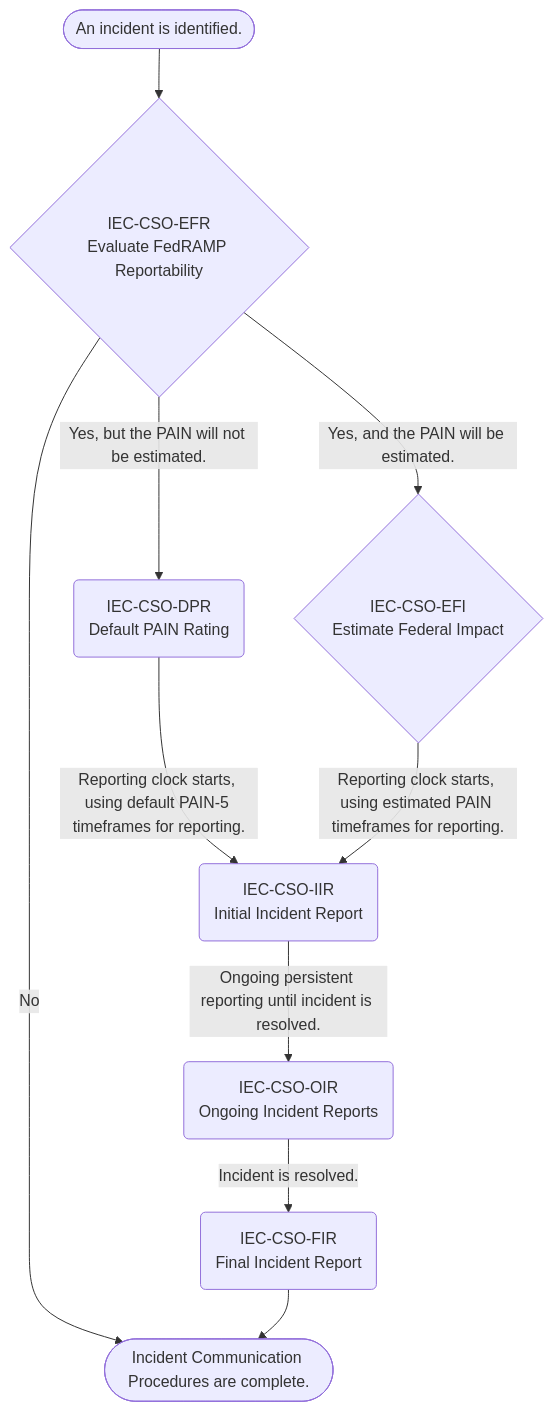
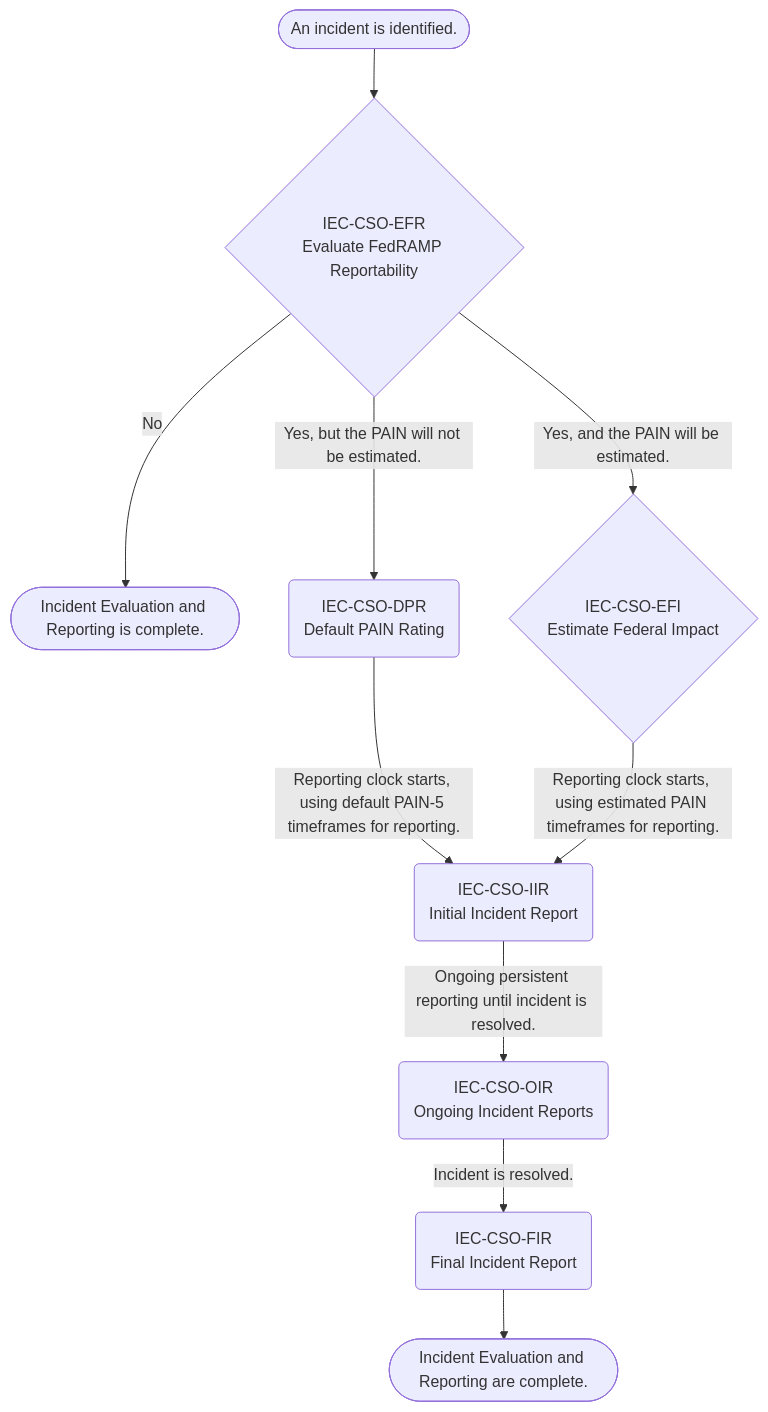
Before and after one commit to FedRAMP/2026-markdown: the diagram in providers/20x/rules/incident-evaluation-and-communication.md, drawn with Mermaid. The commit also changed 25 other files, not shown here.

````diff
--- a/providers/20x/rules/incident-evaluation-and-communication.md
+++ b/providers/20x/rules/incident-evaluation-and-communication.md
@@ -24,26 +24,27 @@
 ``` mermaid
 flowchart TD
   node_an_incident_is_identified(["An incident is identified."])
   node_iec_cso_efr{"IEC-CSO-EFR<br/>Evaluate FedRAMP Reportability"}
-  node_incident_communication_procedures_are_complete(["Incident Communication Procedures are complete."])
+  node_incident_evaluation_and_reporting_is_complete(["Incident Evaluation and Reporting is complete."])
   node_iec_cso_efi{"IEC-CSO-EFI<br/>Estimate Federal Impact"}
   node_iec_cso_dpr("IEC-CSO-DPR<br/>Default PAIN Rating")
   node_iec_cso_iir("IEC-CSO-IIR<br/>Initial Incident Report")
   node_iec_cso_oir("IEC-CSO-OIR<br/>Ongoing Incident Reports")
   node_iec_cso_fir("IEC-CSO-FIR<br/>Final Incident Report")
+  node_incident_evaluation_and_reporting_are_complete(["Incident Evaluation and Reporting are complete."])
   node_an_incident_is_identified --> node_iec_cso_efr
-  node_iec_cso_efr -->|"No"| node_incident_communication_procedures_are_complete
+  node_iec_cso_efr -->|"No"| node_incident_evaluation_and_reporting_is_complete
   node_iec_cso_efr -->|"Yes, and the PAIN will be estimated."| node_iec_cso_efi
   node_iec_cso_efr -->|"Yes, but the PAIN will not be estimated."| node_iec_cso_dpr
   node_iec_cso_dpr -->|"Reporting clock starts, using default PAIN-5 timeframes for reporting."| node_iec_cso_iir
   node_iec_cso_efi -->|"Reporting clock starts, using estimated PAIN timeframes for reporting."| node_iec_cso_iir
   node_iec_cso_iir -->|"Ongoing persistent reporting until incident is resolved."| node_iec_cso_oir
   node_iec_cso_oir -->|"Incident is resolved."| node_iec_cso_fir
-  node_iec_cso_fir --> node_incident_communication_procedures_are_complete
+  node_iec_cso_fir --> node_incident_evaluation_and_reporting_are_complete
   click node_iec_cso_efr href "#evaluate-fedramp-reportability" "Jump to IEC-CSO-EFR"
   click node_iec_cso_dpr href "#default-pain-rating" "Jump to IEC-CSO-DPR"
   click node_iec_cso_iir href "#initial-incident-report" "Jump to IEC-CSO-IIR"
   click node_iec_cso_oir href "#ongoing-incident-reports" "Jump to IEC-CSO-OIR"
   click node_iec_cso_fir href "#final-incident-report" "Jump to IEC-CSO-FIR"
   click node_iec_cso_efi href "#estimate-federal-impact" "Jump to IEC-CSO-EFI"
 ```
````
